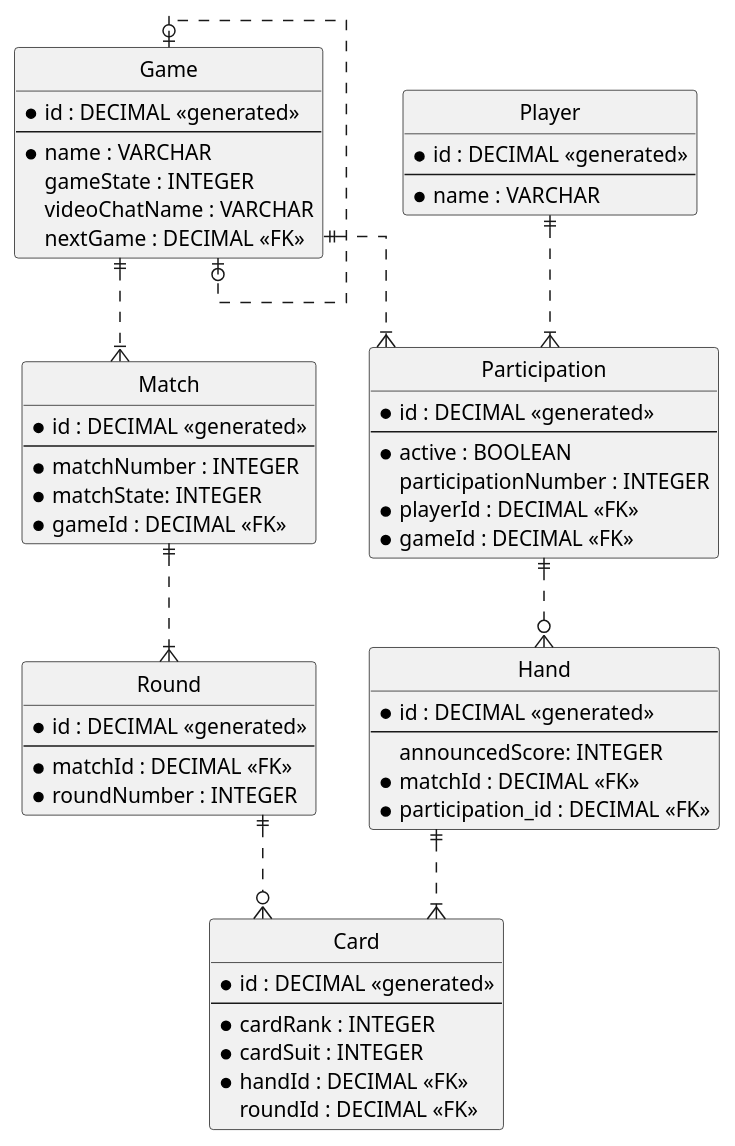
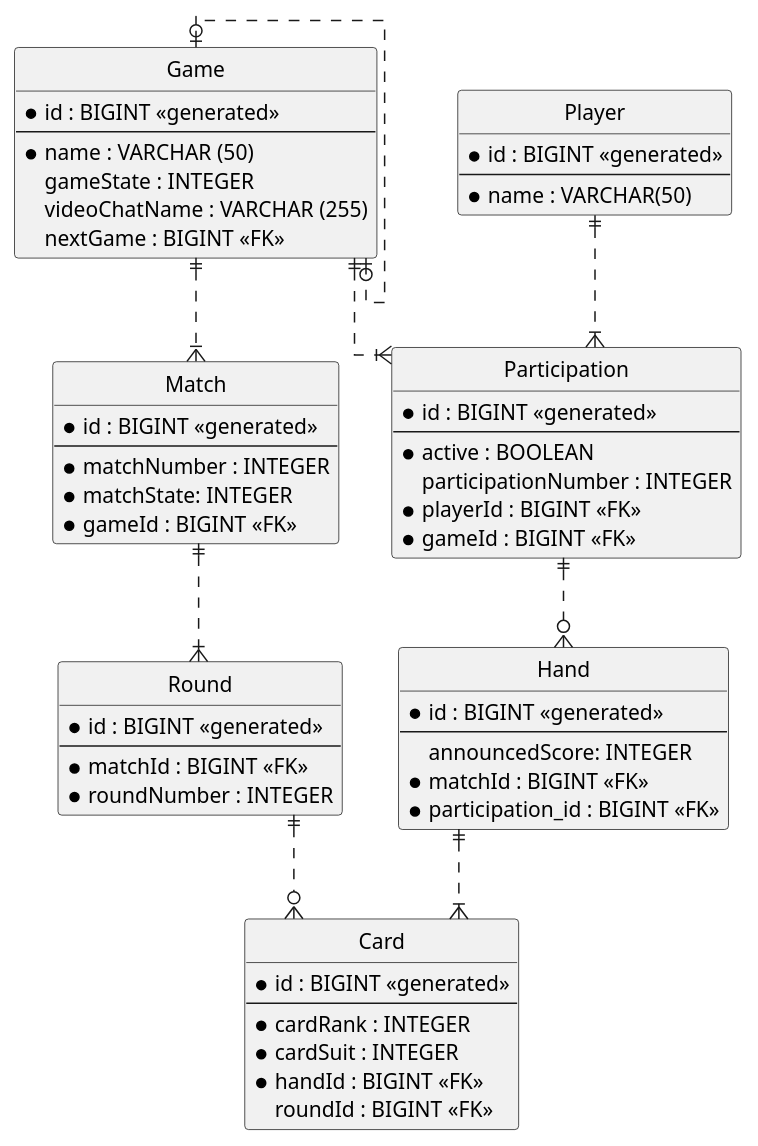
The diagram in doc/m3/uml/db_schema.puml (sopra-fs22-group-36/screw-your-neighbor-server), drawn with PlantUML before and after one commit. The commit also changed other lines of this file, not shown here.

Commit message:
db_schema finished

```diff
--- a/doc/m3/uml/db_schema.puml
+++ b/doc/m3/uml/db_schema.puml
@@ -3,86 +1,74 @@
 @startuml
 
 ' hide the spot
 hide circle
 
 ' avoid problems with angled crows feet
 skinparam linetype ortho
 
 entity "Card" as card {
-  *id : DECIMAL <<generated>>
+  *id : BIGINT <<generated>>
   --
   *cardRank : INTEGER
   *cardSuit : INTEGER
-  *handId : DECIMAL <<FK>>
-  roundId : DECIMAL <<FK>>
+  *handId : BIGINT <<FK>>
+  roundId : BIGINT <<FK>>
 }
 
 entity "Game" as game {
-  *id : DECIMAL <<generated>>
+  *id : BIGINT <<generated>>
   --
-  *name : VARCHAR
+  *name : VARCHAR (50)
   gameState : INTEGER
-  videoChatName : VARCHAR
-  nextGame : DECIMAL <<FK>>
-  'participationtogame_id : DECIMAL <<FK>>
+  videoChatName : VARCHAR (255)
+  nextGame : BIGINT <<FK>>
 }
-/'
-entity "ParticipationToGame" as participationtogame {
-  *id : DECIMAL <<generated>>
---
-  *gameId : DECIMAL <<FK>>
-  *participationId : DECIMAL <<FK>>
-
-}'/
 
 entity "Hand" as hand {
-  *id : DECIMAL <<generated>>
+  *id : BIGINT <<generated>>
   --
   announcedScore: INTEGER
-  *matchId : DECIMAL <<FK>>
-  *participation_id : DECIMAL <<FK>>
+  *matchId : BIGINT <<FK>>
+  *participation_id : BIGINT <<FK>>
 }
 
 entity "Match" as match {
-  *id : DECIMAL <<generated>>
+  *id : BIGINT <<generated>>
   --
   *matchNumber : INTEGER
   *matchState: INTEGER
-  *gameId : DECIMAL <<FK>>
+  *gameId : BIGINT <<FK>>
 }
 
 entity "Participation" as participation {
-  *id : DECIMAL <<generated>>
+  *id : BIGINT <<generated>>
   --
   *active : BOOLEAN
   participationNumber : INTEGER
-  *playerId : DECIMAL <<FK>>
-  *gameId : DECIMAL <<FK>>
-  '*gameToParticipationId : DECIMAL <<FK>>
+  *playerId : BIGINT <<FK>>
+  *gameId : BIGINT <<FK>>
 }
 
 entity "Player" as player {
-  *id : DECIMAL <<generated>>
+  *id : BIGINT <<generated>>
   --
-  *name : VARCHAR
+  *name : VARCHAR(50)
 }
 
 entity "Round" as round {
-  *id : DECIMAL <<generated>>
+  *id : BIGINT <<generated>>
   --
-  *matchId : DECIMAL <<FK>>
+  *matchId : BIGINT <<FK>>
   *roundNumber : INTEGER
 }
 
 round ||..o{ card
 hand ||..|{ card
 participation ||..o{ hand
 game |o..o| game
 game ||..|{ participation
-'game ||..o{ participationtogame
-'participation ||..o{ participationtogame
 player ||..|{ participation
 match ||..|{ round
 game ||..|{ match
 
 @enduml
```
